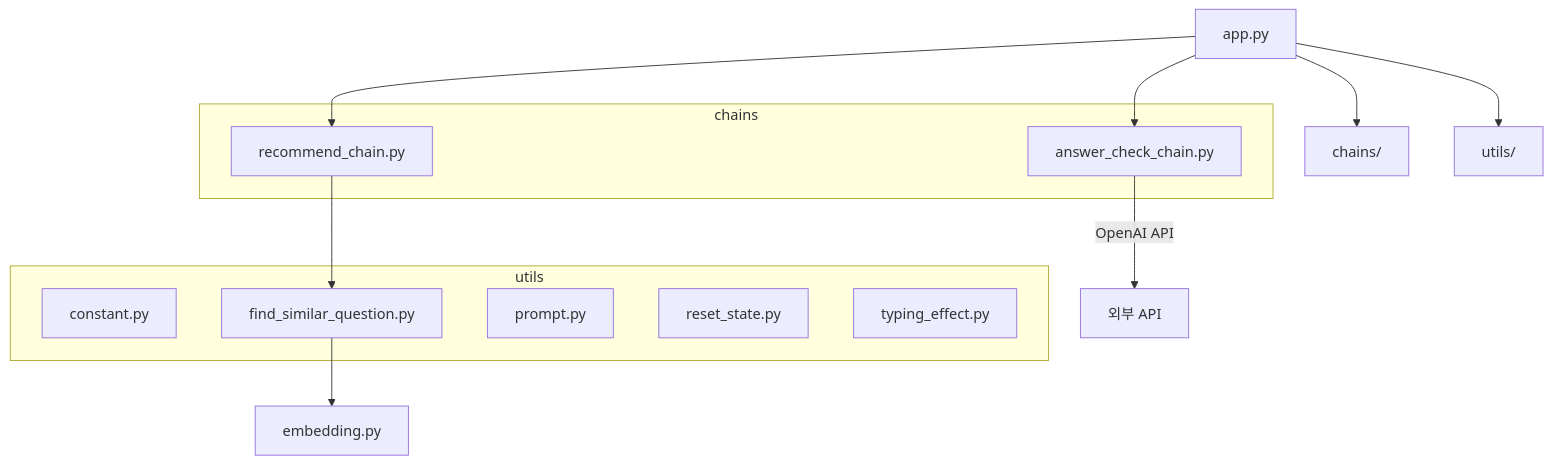
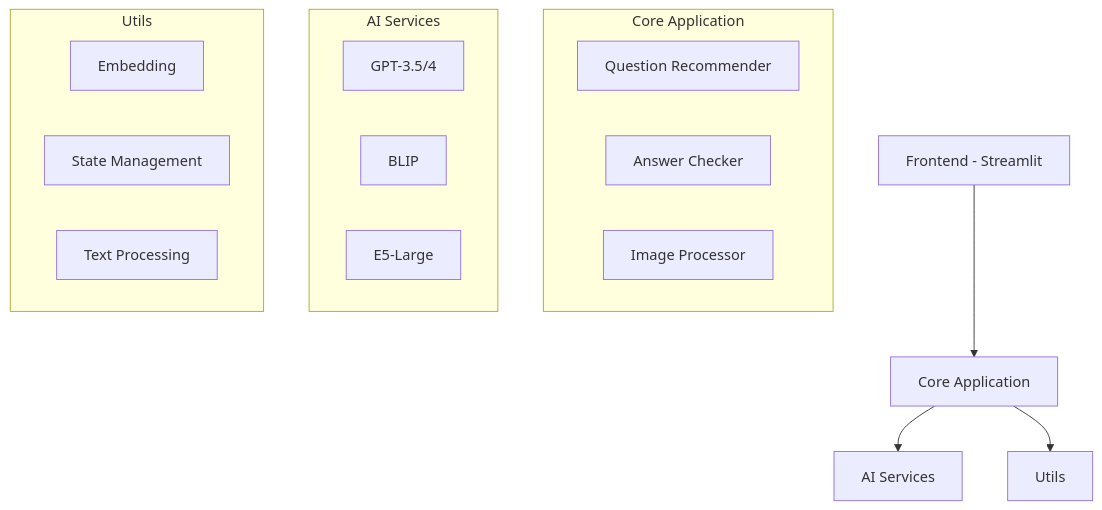
Before and after one commit to SKNETWORKS-FAMILY-AICAMP/SKN03-4th-3Team: the first of 3 diagrams in README.md, drawn with Mermaid. The commit also changed other lines of this file, not shown here.

````diff
--- a/README.md
+++ b/README.md
@@ -118,26 +70,24 @@
 ```mermaid
-graph TD
-    A[app.py] --> B[chains/]
-    A --> C[utils/]
+graph TB
+    A[Frontend - Streamlit] --> B[Core Application]
+    B --> C[AI Services]
+    B --> D[Utils]
     
-    subgraph chains
-        B1[recommend_chain.py]
-        B2[answer_check_chain.py]
+    subgraph "Core Application"
+        B1[Question Recommender]
+        B2[Answer Checker]
+        B3[Image Processor]
     end
     
-    subgraph utils
-        C1[constant.py]
-        C2[find_similar_question.py]
-        C3[prompt.py]
-        C4[reset_state.py]
-        C5[typing_effect.py]
+    subgraph "AI Services"
+        C1[GPT-3.5/4]
+        C2[BLIP]
+        C3[E5-Large]
     end
     
-    D[embedding.py]
-    
-    A --> B1
-    A --> B2
-    B1 --> C2
-    C2 --> D
-    B2 --> |OpenAI API| E[외부 API]
+    subgraph "Utils"
+        D1[Embedding]
+        D2[State Management]
+        D3[Text Processing]
+    end
 ```
````
